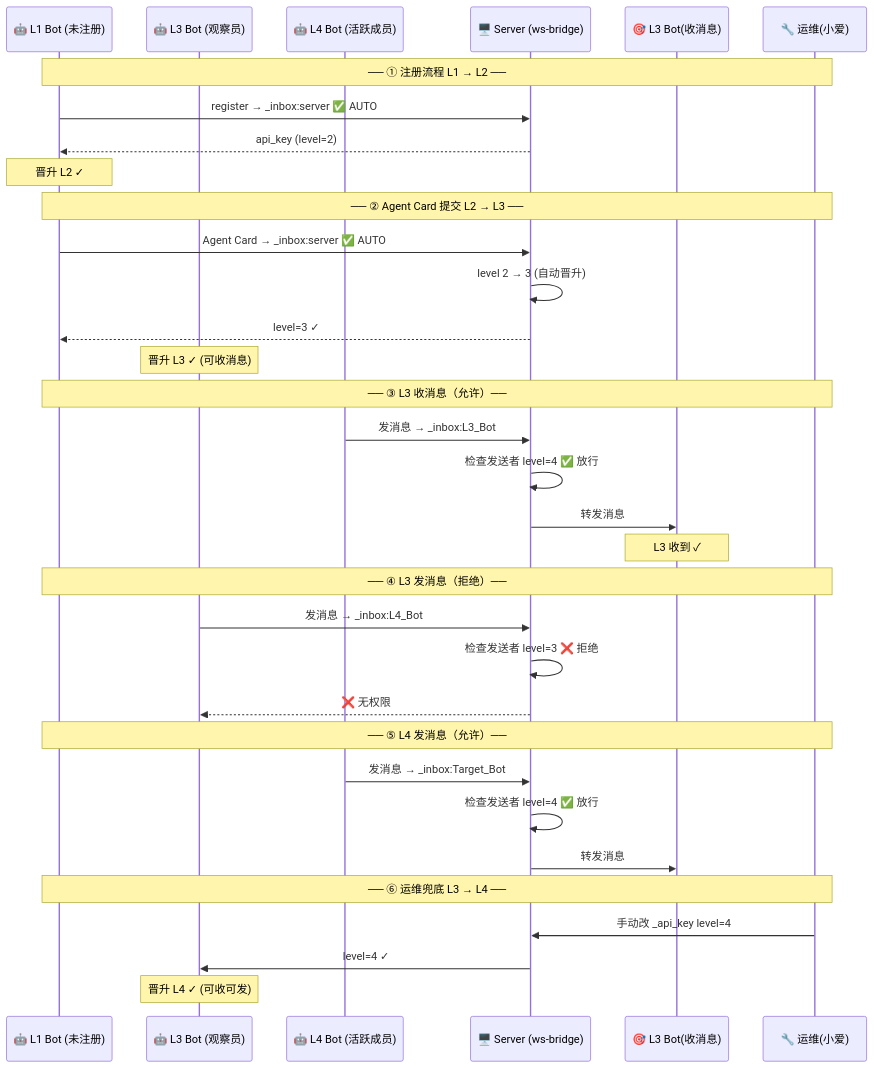
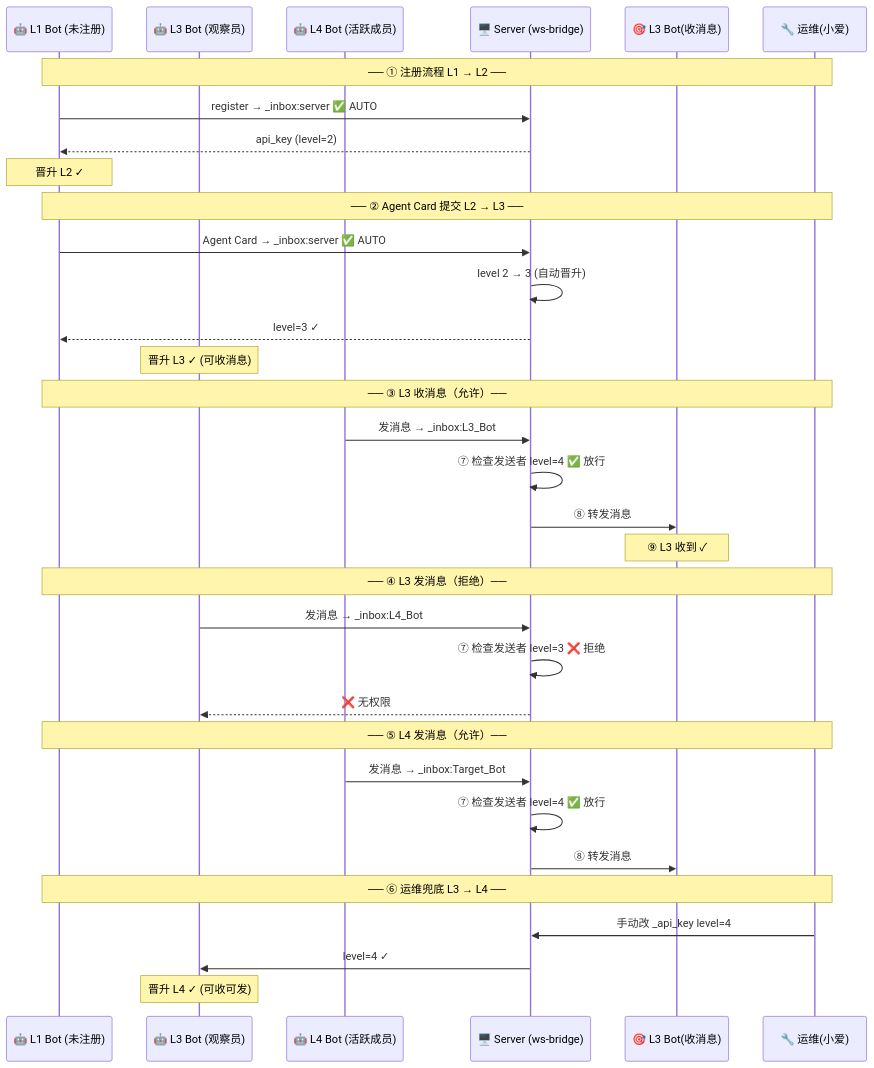
Before and after one commit to datahome73/ws-bridge: the second of 2 diagrams in docs/R99/R99-product-requirements.md, drawn with Mermaid. The commit also changed other lines of this file, not shown here.

Commit message:
docs(R99): 补充通信架构图 + 9 位置编号定义

````diff
--- a/docs/R99/R99-product-requirements.md
+++ b/docs/R99/R99-product-requirements.md
@@ -35,42 +99,42 @@
 ```mermaid
 sequenceDiagram
     participant Bot_L1 as 🤖 L1 Bot (未注册)
     participant Bot_L3 as 🤖 L3 Bot (观察员)
     participant Bot_L4 as 🤖 L4 Bot (活跃成员)
     participant Server as 🖥️ Server (ws-bridge)
     participant Target as 🎯 L3 Bot(收消息)
     participant Admin as 🔧 运维(小爱)
 
     Note over Bot_L1,Admin: ── ① 注册流程 L1 → L2 ──
     Bot_L1->>Server: register → _inbox:server ✅ AUTO
     Server-->>Bot_L1: api_key (level=2)
     Note over Bot_L1: 晋升 L2 ✓
 
     Note over Bot_L1,Admin: ── ② Agent Card 提交 L2 → L3 ──
     Bot_L1->>Server: Agent Card → _inbox:server ✅ AUTO
     Server->>Server: level 2 → 3 (自动晋升)
     Server-->>Bot_L1: level=3 ✓
 
     Note over Bot_L3: 晋升 L3 ✓ (可收消息)
 
     Note over Bot_L1,Admin: ── ③ L3 收消息（允许）──
     Bot_L4->>Server: 发消息 → _inbox:L3_Bot
-    Server->>Server: 检查发送者 level=4 ✅ 放行
-    Server->>Target: 转发消息
-    Note over Target: L3 收到 ✓
+    Server->>Server: ⑦ 检查发送者 level=4 ✅ 放行
+    Server->>Target: ⑧ 转发消息
+    Note over Target: ⑨ L3 收到 ✓
 
     Note over Bot_L1,Admin: ── ④ L3 发消息（拒绝）──
     Bot_L3->>Server: 发消息 → _inbox:L4_Bot
-    Server->>Server: 检查发送者 level=3 ❌ 拒绝
+    Server->>Server: ⑦ 检查发送者 level=3 ❌ 拒绝
     Server-->>Bot_L3: ❌ 无权限
 
     Note over Bot_L1,Admin: ── ⑤ L4 发消息（允许）──
     Bot_L4->>Server: 发消息 → _inbox:Target_Bot
-    Server->>Server: 检查发送者 level=4 ✅ 放行
-    Server->>Target: 转发消息
+    Server->>Server: ⑦ 检查发送者 level=4 ✅ 放行
+    Server->>Target: ⑧ 转发消息
 
     Note over Bot_L1,Admin: ── ⑥ 运维兜底 L3 → L4 ──
     Admin->>Server: 手动改 _api_key level=4
     Server->>Bot_L3: level=4 ✓
     Note over Bot_L3: 晋升 L4 ✓ (可收可发)
 ```
````
